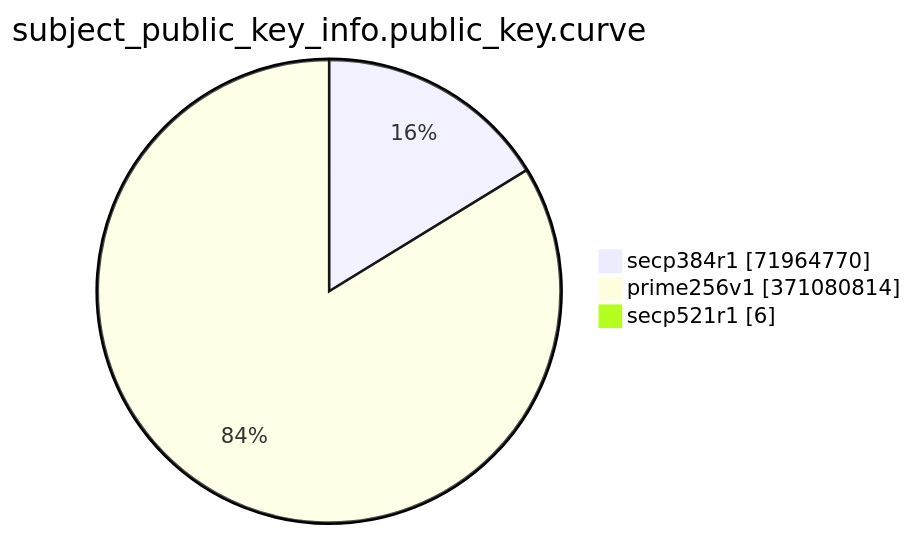
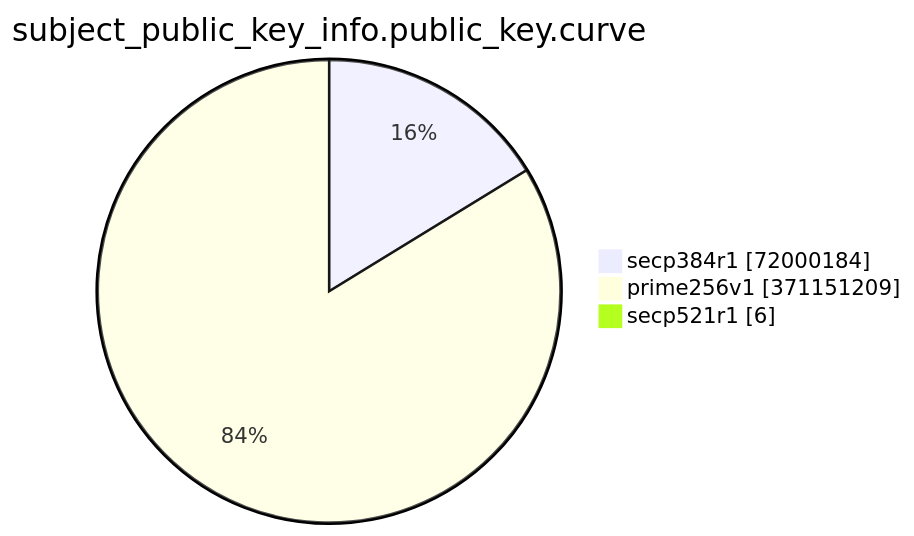
One commit to christiankrug/ctmonitor_visualization changed the eighth of 15 diagrams in TOTAL/README.md. Above: the diagram before and after it, drawn with Mermaid. The commit also changed other lines of this file, not shown here.

````diff
--- a/TOTAL/README.md
+++ b/TOTAL/README.md
@@ -3092,7 +3092,7 @@
 ```mermaid
 pie showData
 title subject_public_key_info.public_key.curve
-"secp384r1" :71964770
-"prime256v1" :371080814
+"secp384r1" :72000184
+"prime256v1" :371151209
 "secp521r1" :6
 ```
````
